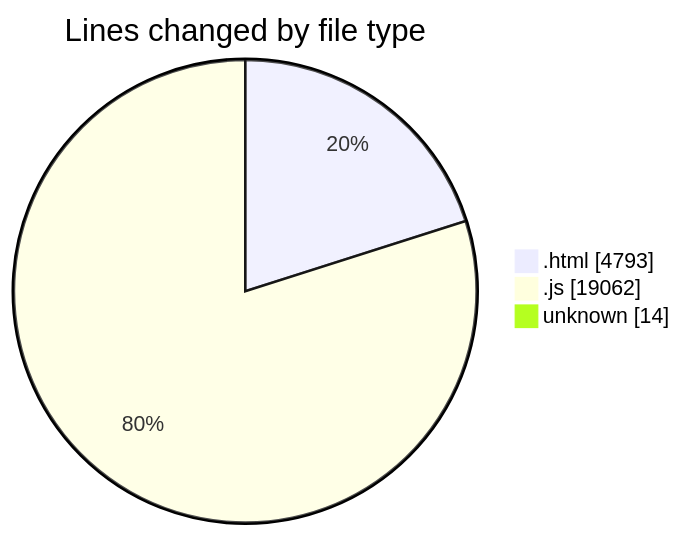
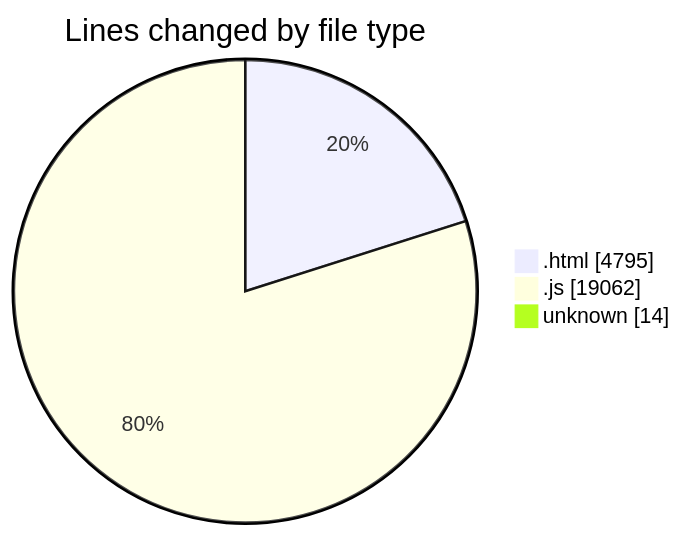
Before and after one commit to LanceThiago/code-tracking: the first of 2 diagrams in 2025-04-24/enre_-_calculadora_de_consumo_v_2022_files/README.md, drawn with Mermaid. The commit also changed other lines of this file and 1 other file, not shown here.

````diff
--- a/2025-04-24/enre_-_calculadora_de_consumo_v_2022_files/README.md
+++ b/2025-04-24/enre_-_calculadora_de_consumo_v_2022_files/README.md
@@ -22,7 +22,7 @@
 ```mermaid
 pie showData
 title Lines changed by file type
-".html" : 4793
+".html" : 4795
 ".js" : 19062
 "unknown" : 14
 ```
````
